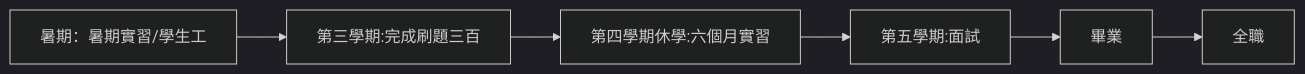
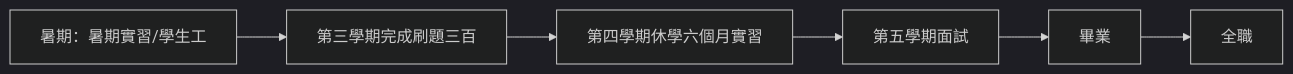
Before and after one commit to kuangyu0801/kuangyu0801.github.io: the diagram in README.md, drawn with Mermaid (dark theme). The commit also changed other lines of this file, not shown here.

Commit message:
README.md updated from https://stackedit.io/

````diff
--- a/README.md
+++ b/README.md
@@ -55,8 +55,8 @@
 ```mermaid
 graph LR
-A[暑期：暑期實習/學生工] --> B[第三學期:完成刷題三百]
-B --> C[第四學期休學:六個月實習]
-C --> D[第五學期:面試]
+A[暑期：暑期實習/學生工] --> B[第三學期完成刷題三百]
+B --> C[第四學期休學六個月實習]
+C --> D[第五學期面試]
 D --> E[畢業]
 E --> F[全職]
 ```
````
